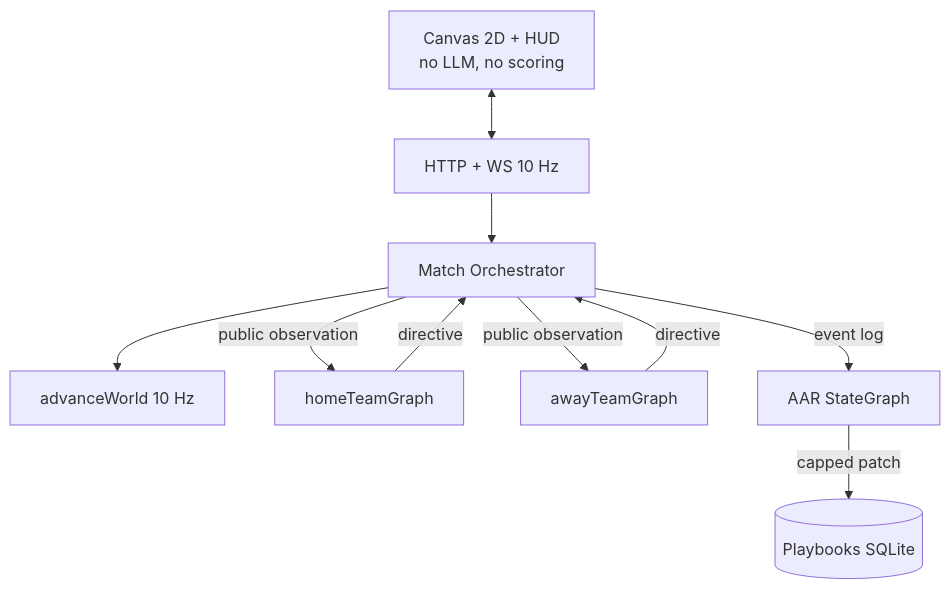
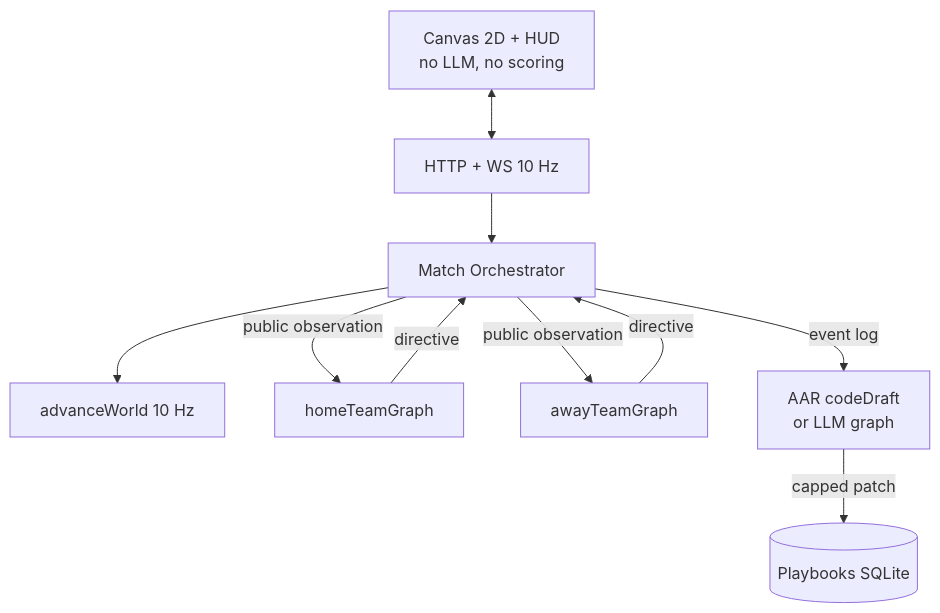
The first of 4 diagrams in docs/FORgasan.md (gasantiago16/Graph_Hockey), drawn with Mermaid before and after one commit. The commit also changed other lines of this file and 3 other files, not shown here.

````diff
--- a/docs/FORgasan.md
+++ b/docs/FORgasan.md
@@ -68,20 +71,20 @@
 ```mermaid
 flowchart TB
   Browser["Canvas 2D + HUD<br/>no LLM, no scoring"]
   WS["HTTP + WS 10 Hz"]
   Orch["Match Orchestrator"]
   Eng["advanceWorld 10 Hz"]
   Home["homeTeamGraph"]
   Away["awayTeamGraph"]
-  AAR["AAR StateGraph"]
+  AAR["AAR codeDraft<br/>or LLM graph"]
   PB[(Playbooks SQLite)]
   Browser <--> WS
   WS --> Orch
   Orch --> Eng
   Orch -->|public observation| Home
   Orch -->|public observation| Away
   Home -->|directive| Orch
   Away -->|directive| Orch
   Orch -->|event log| AAR
   AAR -->|capped patch| PB
 ```
````
